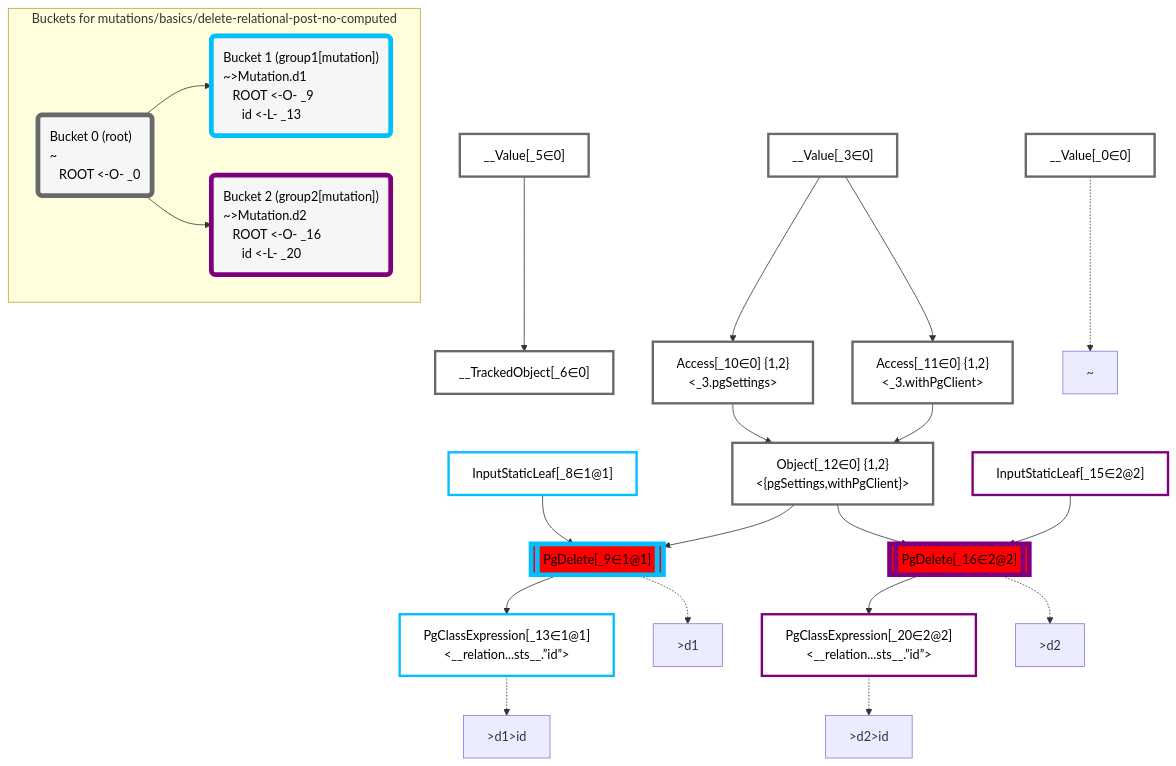
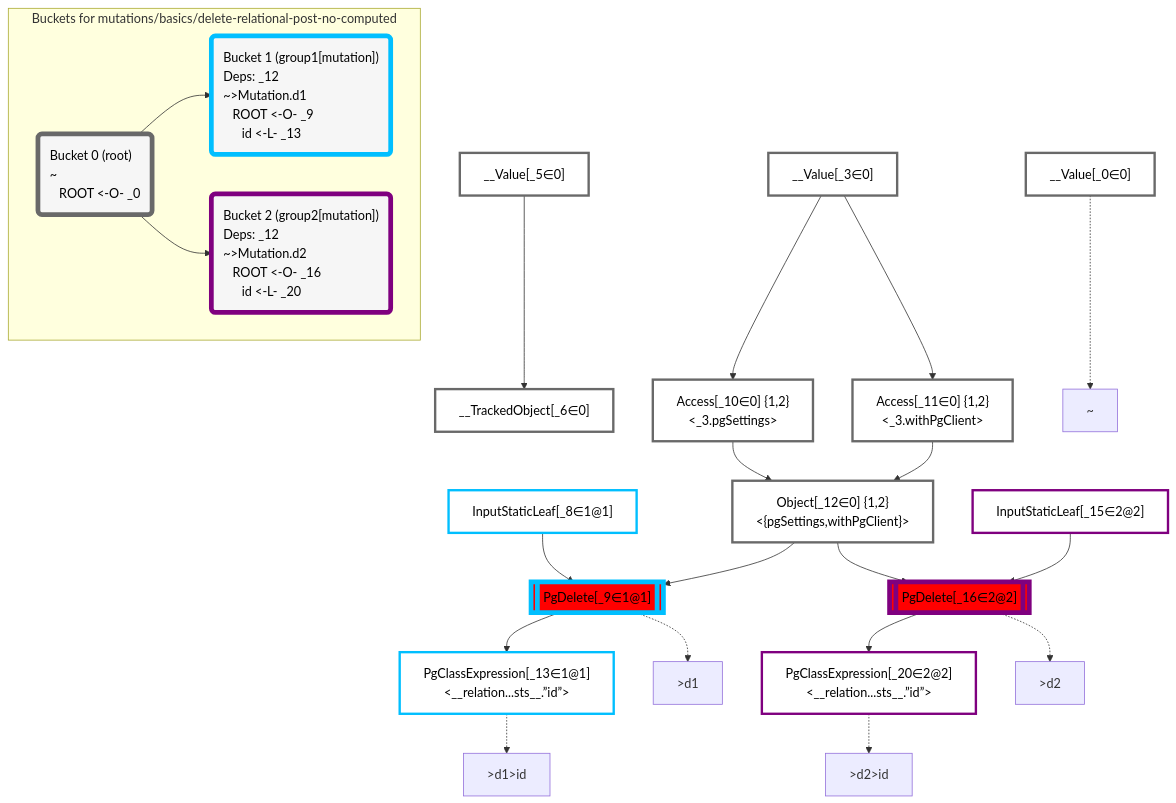
Before and after one commit to graphile/crystal: the diagram in packages/dataplan-pg/__tests__/mutations/basics/delete-relational-post-no-computed.mermaid.md, drawn with Mermaid. The commit also changed 157 other files, not shown here.

````diff
--- a/packages/dataplan-pg/__tests__/mutations/basics/delete-relational-post-no-computed.mermaid.md
+++ b/packages/dataplan-pg/__tests__/mutations/basics/delete-relational-post-no-computed.mermaid.md
@@ -1,68 +1,68 @@
 ```mermaid
 graph TD
     classDef path fill:#eee,stroke:#000,color:#000
     classDef plan fill:#fff,stroke-width:3px,color:#000
     classDef itemplan fill:#fff,stroke-width:6px,color:#000
     classDef sideeffectplan fill:#f00,stroke-width:6px,color:#000
     classDef bucket fill:#f6f6f6,color:#000,stroke-width:6px,text-align:left
 
 
     %% define plans
     __Value_0["__Value[_0∈0]"]:::plan
     __Value_3["__Value[_3∈0]<br /><context>"]:::plan
     __Value_5["__Value[_5∈0]<br /><rootValue>"]:::plan
     __TrackedObject_6["__TrackedObject[_6∈0]"]:::plan
     InputStaticLeaf_8["InputStaticLeaf[_8∈1@1]"]:::plan
     PgDelete_9[["PgDelete[_9∈1@1]"]]:::sideeffectplan
     Access_10["Access[_10∈0] {1,2}<br /><_3.pgSettings>"]:::plan
     Access_11["Access[_11∈0] {1,2}<br /><_3.withPgClient>"]:::plan
     Object_12["Object[_12∈0] {1,2}<br /><{pgSettings,withPgClient}>"]:::plan
     PgClassExpression_13["PgClassExpression[_13∈1@1]<br /><__relation...sts__.”id”>"]:::plan
     InputStaticLeaf_15["InputStaticLeaf[_15∈2@2]"]:::plan
     PgDelete_16[["PgDelete[_16∈2@2]"]]:::sideeffectplan
     PgClassExpression_20["PgClassExpression[_20∈2@2]<br /><__relation...sts__.”id”>"]:::plan
 
     %% plan dependencies
     __Value_5 --> __TrackedObject_6
     Object_12 --> PgDelete_9
     InputStaticLeaf_8 --> PgDelete_9
     __Value_3 --> Access_10
     __Value_3 --> Access_11
     Access_10 --> Object_12
     Access_11 --> Object_12
     PgDelete_9 --> PgClassExpression_13
     Object_12 --> PgDelete_16
     InputStaticLeaf_15 --> PgDelete_16
     PgDelete_16 --> PgClassExpression_20
 
     %% plan-to-path relationships
     P_0["~"]
     __Value_0 -.-> P_0
     P_9[">d1"]
     PgDelete_9 -.-> P_9
     P_13[">d1>id"]
     PgClassExpression_13 -.-> P_13
     P_16[">d2"]
     PgDelete_16 -.-> P_16
     P_20[">d2>id"]
     PgClassExpression_20 -.-> P_20
 
     %% allocate buckets
     classDef bucket0 stroke:#696969
     class __Value_0,__Value_3,__Value_5,__TrackedObject_6,Access_10,Access_11,Object_12 bucket0
     classDef bucket1 stroke:#00bfff
     class InputStaticLeaf_8,PgDelete_9,PgClassExpression_13 bucket1
     classDef bucket2 stroke:#7f007f
     class InputStaticLeaf_15,PgDelete_16,PgClassExpression_20 bucket2
 
     subgraph "Buckets for mutations/basics/delete-relational-post-no-computed"
     Bucket0("Bucket 0 (root)<br />~<br />⠀ROOT <-O- _0"):::bucket
     style Bucket0 stroke:#696969
-    Bucket1("Bucket 1 (group1[mutation])<br />~>Mutation.d1<br />⠀ROOT <-O- _9<br />⠀⠀id <-L- _13"):::bucket
+    Bucket1("Bucket 1 (group1[mutation])<br />Deps: _12<br />~>Mutation.d1<br />⠀ROOT <-O- _9<br />⠀⠀id <-L- _13"):::bucket
     style Bucket1 stroke:#00bfff
     Bucket0 --> Bucket1
-    Bucket2("Bucket 2 (group2[mutation])<br />~>Mutation.d2<br />⠀ROOT <-O- _16<br />⠀⠀id <-L- _20"):::bucket
+    Bucket2("Bucket 2 (group2[mutation])<br />Deps: _12<br />~>Mutation.d2<br />⠀ROOT <-O- _16<br />⠀⠀id <-L- _20"):::bucket
     style Bucket2 stroke:#7f007f
     Bucket0 --> Bucket2
     end
 ```
````
